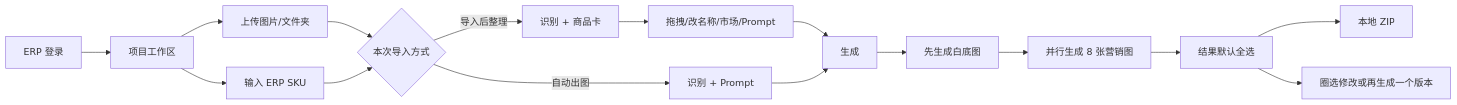
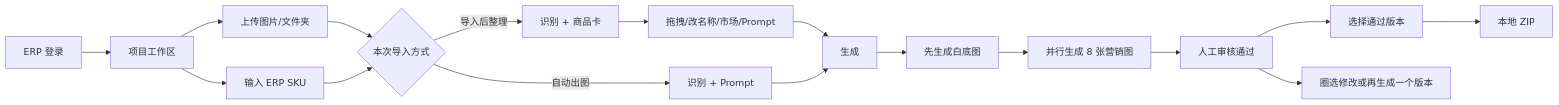
One commit to yuanZhang7777777/picturesGeneratePlatform changed the diagram in docs/superpowers/specs/2026-07-30-dual-speed-product-platform-design.md. Above: the diagram before and after it, drawn with Mermaid. The commit also changed other lines of this file and 9 other files, not shown here.

````diff
--- a/docs/superpowers/specs/2026-07-30-dual-speed-product-platform-design.md
+++ b/docs/superpowers/specs/2026-07-30-dual-speed-product-platform-design.md
@@ -18,18 +18,19 @@
 ```mermaid
 flowchart LR
   A["ERP 登录"] --> B["项目工作区"]
   B --> C["上传图片/文件夹"]
   B --> D["输入 ERP SKU"]
   C --> E{"本次导入方式"}
   D --> E
   E -->|自动出图| F["识别 + Prompt"]
   E -->|导入后整理| G["识别 + 商品卡"]
   G --> H["拖拽/改名称/市场/Prompt"]
   H --> I["生成"]
   F --> I
   I --> J["先生成白底图"]
   J --> K["并行生成 8 张营销图"]
-  K --> L["结果默认全选"]
-  L --> M["本地 ZIP"]
+  K --> L["人工审核通过"]
+  L --> M["选择通过版本"]
+  M --> O["本地 ZIP"]
   L --> N["圈选修改或再生成一个版本"]
 ```
````
